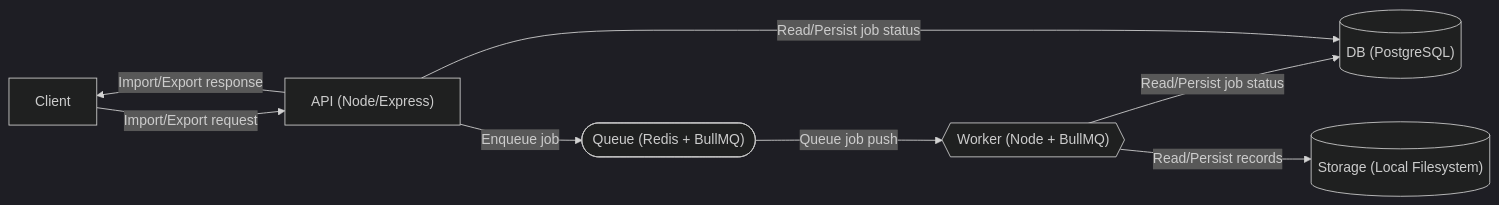
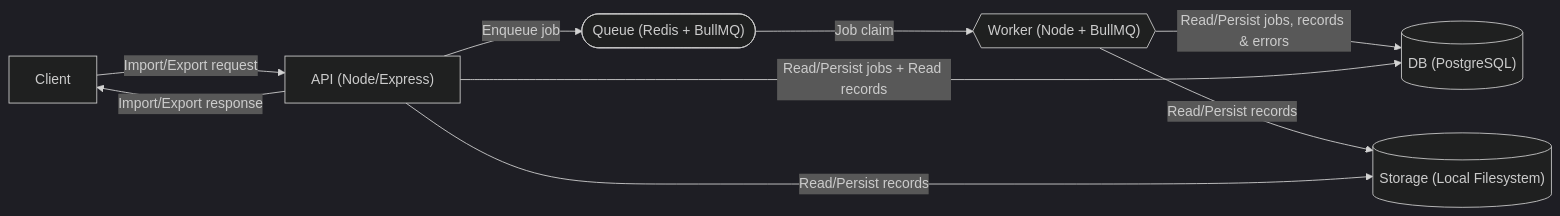
Before and after one commit to ajejoseph22/minimedium: the diagram in README.md, drawn with Mermaid (dark theme).

Commit message:
docs: updated architecture diagram

````diff
--- a/README.md
+++ b/README.md
@@ -24,18 +24,19 @@
 ```mermaid
 flowchart LR
   C["Client"]
   API["API (Node/Express)"]
   Q(["Queue (Redis + BullMQ)"])
   W{{"Worker (Node + BullMQ)"}}
   DB[("DB (PostgreSQL)")]
   S[("Storage (Local Filesystem)")]
 
 
   C -->|"Import/Export request"| API
   API -->|"Import/Export response"| C
   API -->|"Enqueue job"| Q
-  Q -->|"Queue job push"| W
-  W -->|"Read/Persist job status"| DB
+  Q -->|"Job claim"| W
+  W -->|"Read/Persist jobs, records & errors"| DB
   W -->|"Read/Persist records"| S
-  API -->|"Read/Persist job status"| DB
+  API -->|"Read/Persist jobs + Read records"| DB
+  API -->|"Read/Persist records"| S
 ```
````
